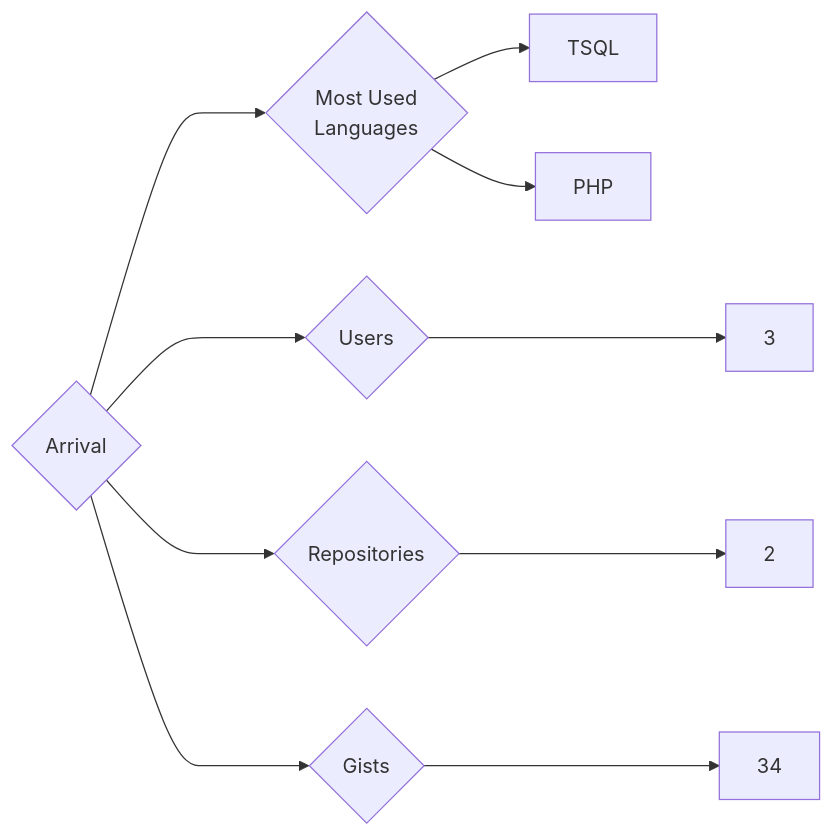
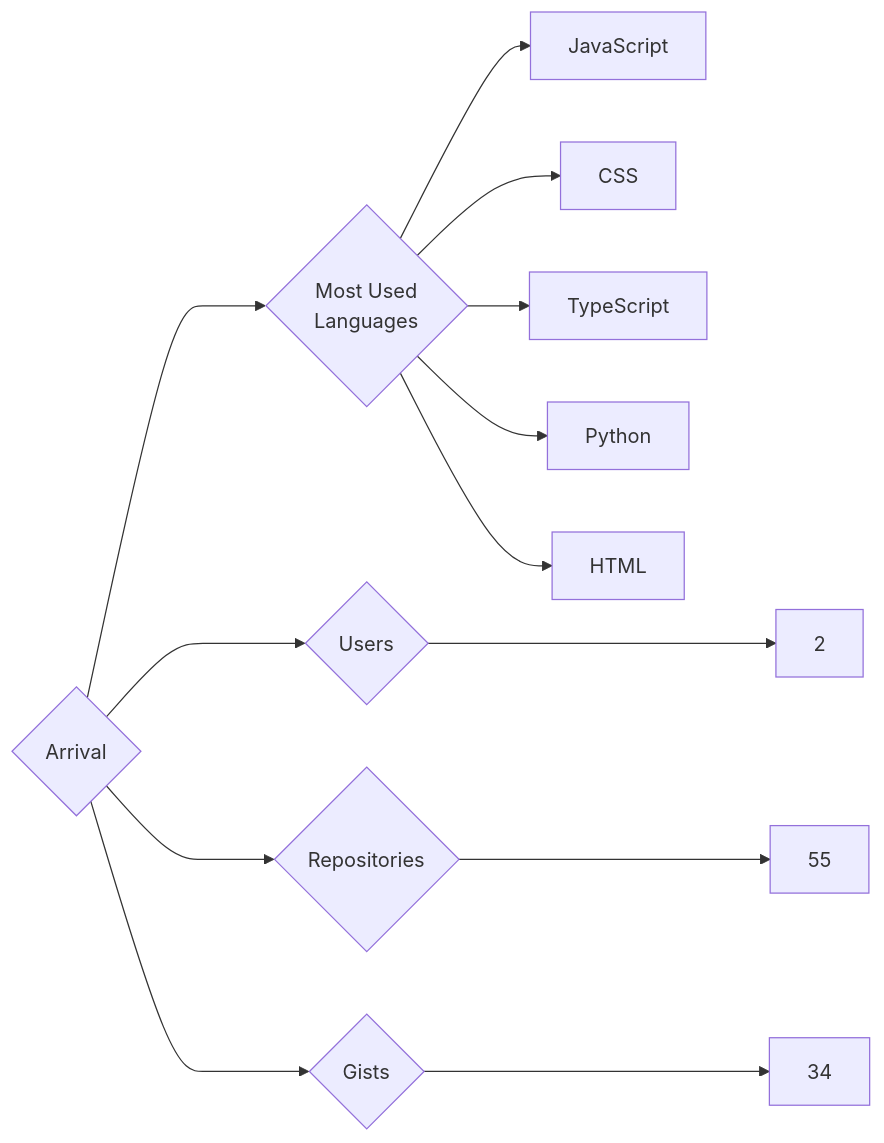
Before and after one commit to trickest/insiders: the diagram in targets/Arrival/README.md, drawn with Mermaid. The commit also changed 865 other files, not shown here.

````diff
--- a/targets/Arrival/README.md
+++ b/targets/Arrival/README.md
@@ -3,10 +3,13 @@
 ```mermaid
 graph LR
 COMPANY_NAME{Arrival}
-COMPANY_NAME ---> U{Users} ---> UN[3]
-COMPANY_NAME ---> R{Repositories} ---> RN[2]
+COMPANY_NAME ---> U{Users} ---> UN[2]
+COMPANY_NAME ---> R{Repositories} ---> RN[55]
 COMPANY_NAME ---> G{Gists} ---> GN[34]
 COMPANY_NAME ---> ML{Most Used<br>Languages}
-ML --> TSQL[TSQL]
-ML --> PHP[PHP]
+ML --> JavaScript[JavaScript]
+ML --> CSS[CSS]
+ML --> TypeScript[TypeScript]
+ML --> Python[Python]
+ML --> HTML[HTML]
 ```
````
